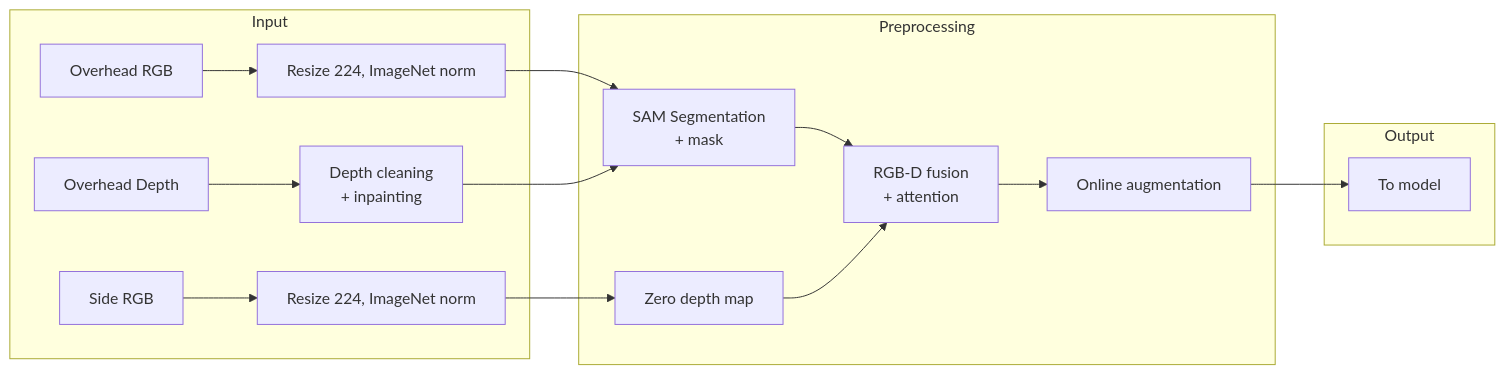
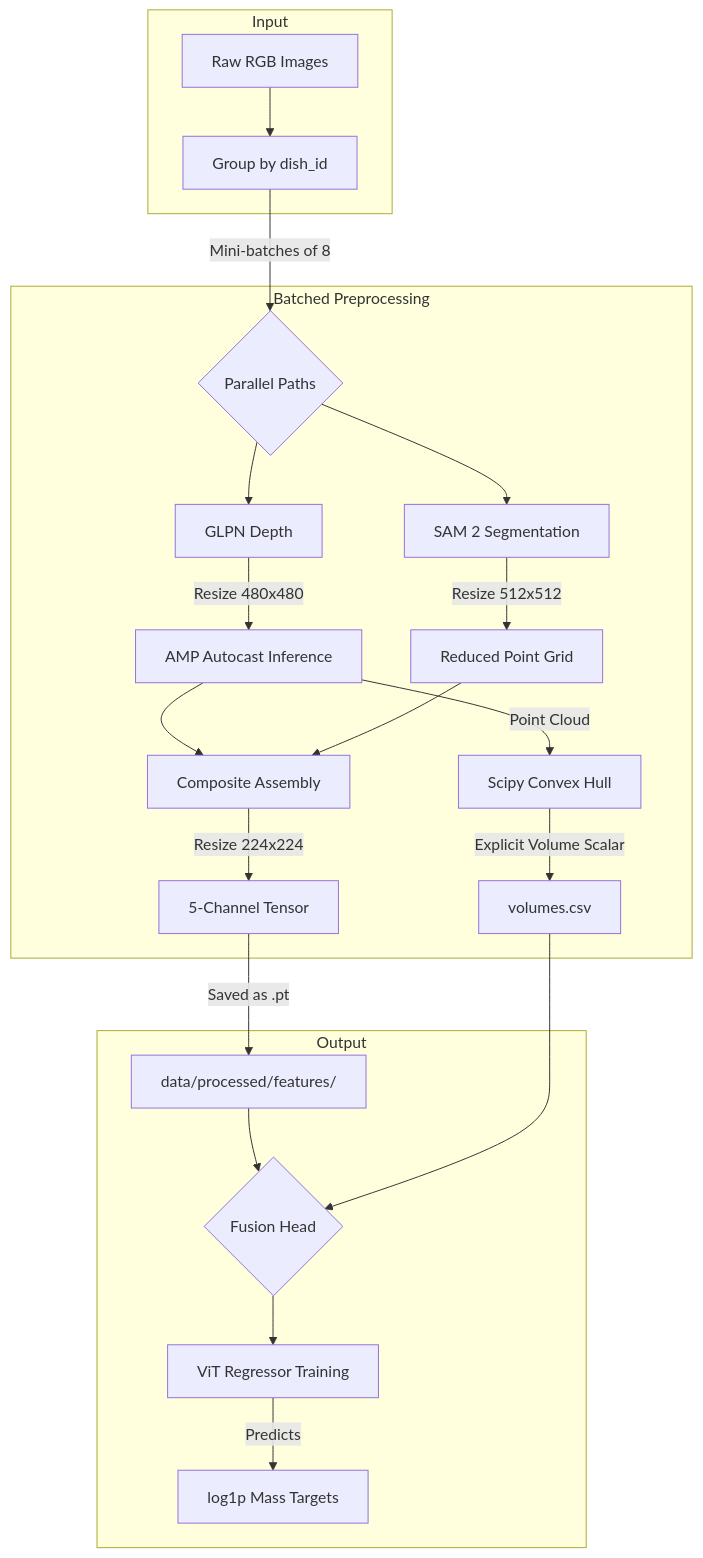
The diagram in misc/revised architecture.mermaid (Omprakash-p06/NutriSnap), drawn with Mermaid before and after one commit. The commit also changed 40 other files, not shown here.

Commit message:
feat: complete MVP implementation with EfficientNet, SAM 2, and GLPN pipeline (MAE 46g, R2 0.43)

```diff
--- a/misc/revised architecture.mermaid
+++ b/misc/revised architecture.mermaid
@@ -1,19 +1,29 @@
-flowchart LR
+flowchart TD
     subgraph Input
-        A1[Overhead RGB] --> P1
-        A2[Overhead Depth] --> P2
-        A3[Side RGB] --> P3
+        A1[Raw RGB Images] --> B1[Group by dish_id]
     end
 
-    subgraph Preprocessing
-        P1[Resize 224, ImageNet norm] --> S1[SAM Segmentation\n+ mask]
-        P2[Depth cleaning\n+ inpainting] --> S1
-        P3[Resize 224, ImageNet norm] --> S2[Zero depth map]
-        S1 --> F[RGB-D fusion\n+ attention]
-        S2 --> F
-        F --> Aug[Online augmentation]
+    subgraph Batched Preprocessing
+        B1 -->|Mini-batches of 8| C1{Parallel Paths}
+        
+        C1 --> D1[GLPN Depth]
+        D1 -->|Resize 480x480| D2[AMP Autocast Inference]
+        
+        C1 --> E1[SAM 2 Segmentation]
+        E1 -->|Resize 512x512| E2[Reduced Point Grid]
+        
+        D2 --> F1[Composite Assembly]
+        E2 --> F1
+        F1 -->|Resize 224x224| F2[5-Channel Tensor]
+        
+        D2 -->|Point Cloud| H1[Scipy Convex Hull]
+        H1 -->|Explicit Volume Scalar| H2[volumes.csv]
     end
 
     subgraph Output
-        Aug --> T[To model]
+        F2 -->|Saved as .pt| G1[data/processed/features/]
+        G1 --> I1{Fusion Head}
+        H2 --> I1
+        I1 --> G2[ViT Regressor Training]
+        G2 -->|Predicts| G3[log1p Mass Targets]
     end
```
